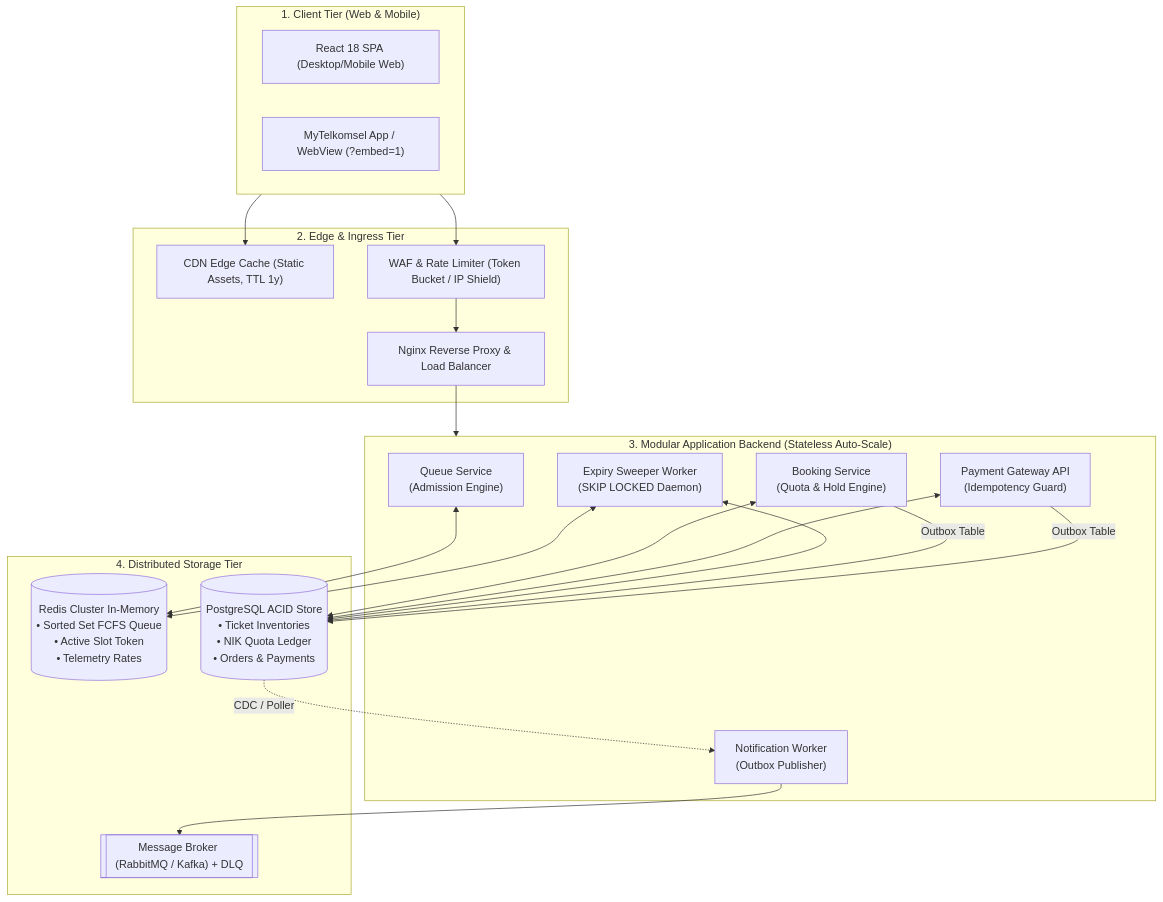
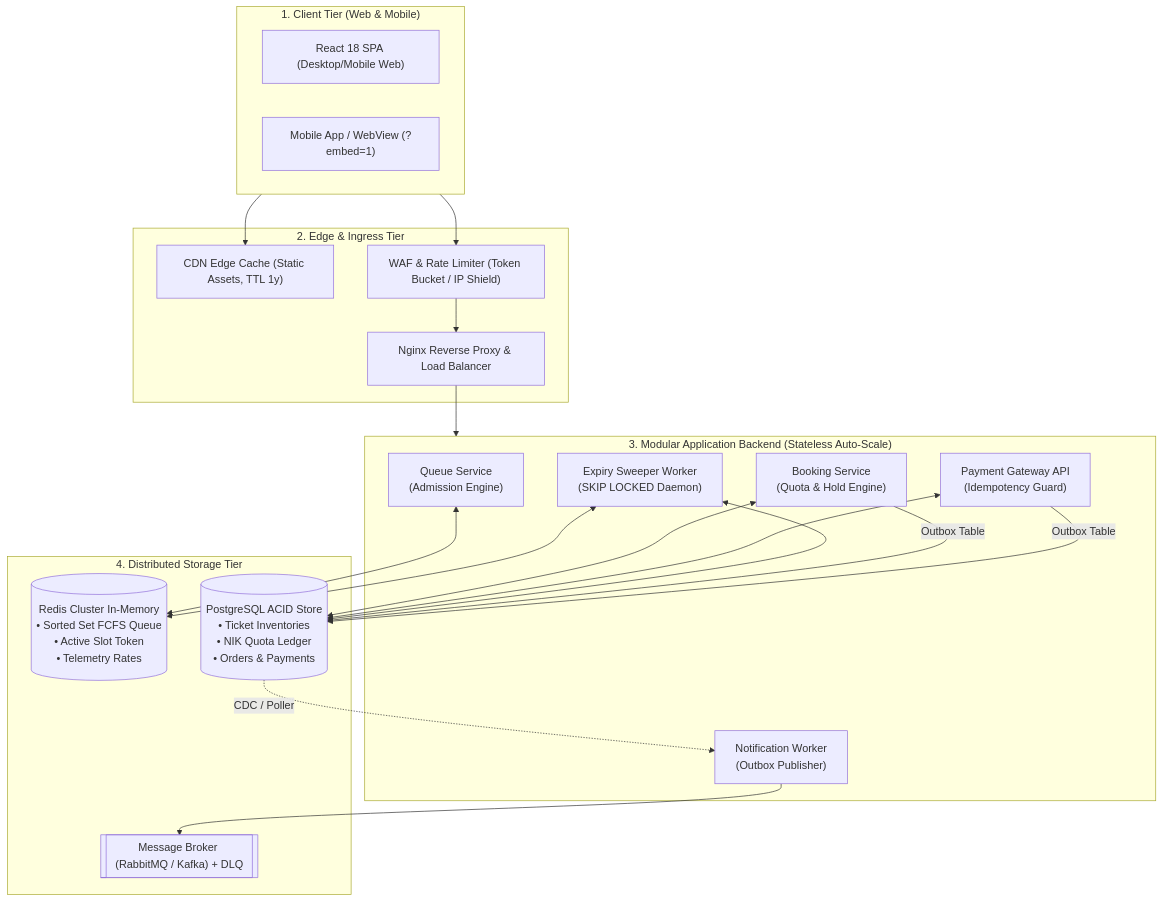
Before and after one commit to riansopian/presentation_pt_djs: the first of 3 diagrams in technical_assessment_deep_dive_pt_djs.md, drawn with Mermaid. The commit also changed other lines of this file and 4 other files, not shown here.

````diff
--- a/technical_assessment_deep_dive_pt_djs.md
+++ b/technical_assessment_deep_dive_pt_djs.md
@@ -21,36 +21,36 @@
 ```mermaid
 flowchart TD
     subgraph ClientTier["1. Client Tier (Web & Mobile)"]
         WEB["React 18 SPA (Desktop/Mobile Web)"]
-        MOB["MyTelkomsel App / WebView (?embed=1)"]
+        MOB["Mobile App / WebView (?embed=1)"]
     end
 
     subgraph EdgeTier["2. Edge & Ingress Tier"]
         CDN["CDN Edge Cache (Static Assets, TTL 1y)"]
         WAF["WAF & Rate Limiter (Token Bucket / IP Shield)"]
         NGX["Nginx Reverse Proxy & Load Balancer"]
     end
 
     subgraph ServiceTier["3. Modular Application Backend (Stateless Auto-Scale)"]
         QS["Queue Service<br/>(Admission Engine)"]
         BS["Booking Service<br/>(Quota & Hold Engine)"]
         PS["Payment Gateway API<br/>(Idempotency Guard)"]
         SW["Expiry Sweeper Worker<br/>(SKIP LOCKED Daemon)"]
         NW["Notification Worker<br/>(Outbox Publisher)"]
     end
 
     subgraph DataTier["4. Distributed Storage Tier"]
         REDIS[("Redis Cluster In-Memory<br/>• Sorted Set FCFS Queue<br/>• Active Slot Token<br/>• Telemetry Rates")]
         PG[("PostgreSQL ACID Store<br/>• Ticket Inventories<br/>• NIK Quota Ledger<br/>• Orders & Payments")]
         MQ[["Message Broker (RabbitMQ / Kafka) + DLQ"]]
     end
 
     ClientTier --> CDN & WAF
     WAF --> NGX --> ServiceTier
     QS <--> REDIS
     BS <--> PG
     PS <--> PG
     SW <--> PG & REDIS
     BS & PS -- Outbox Table --> PG
     PG -. CDC / Poller .-> NW --> MQ
 ```
````
